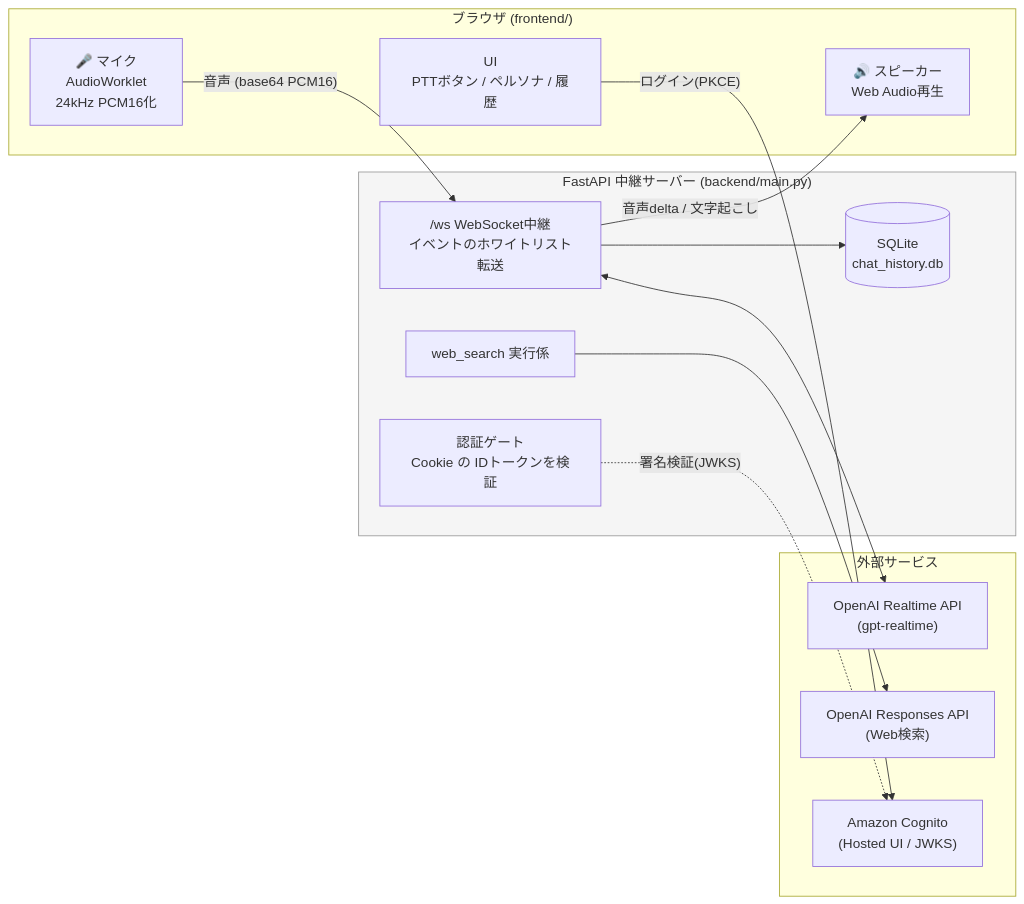
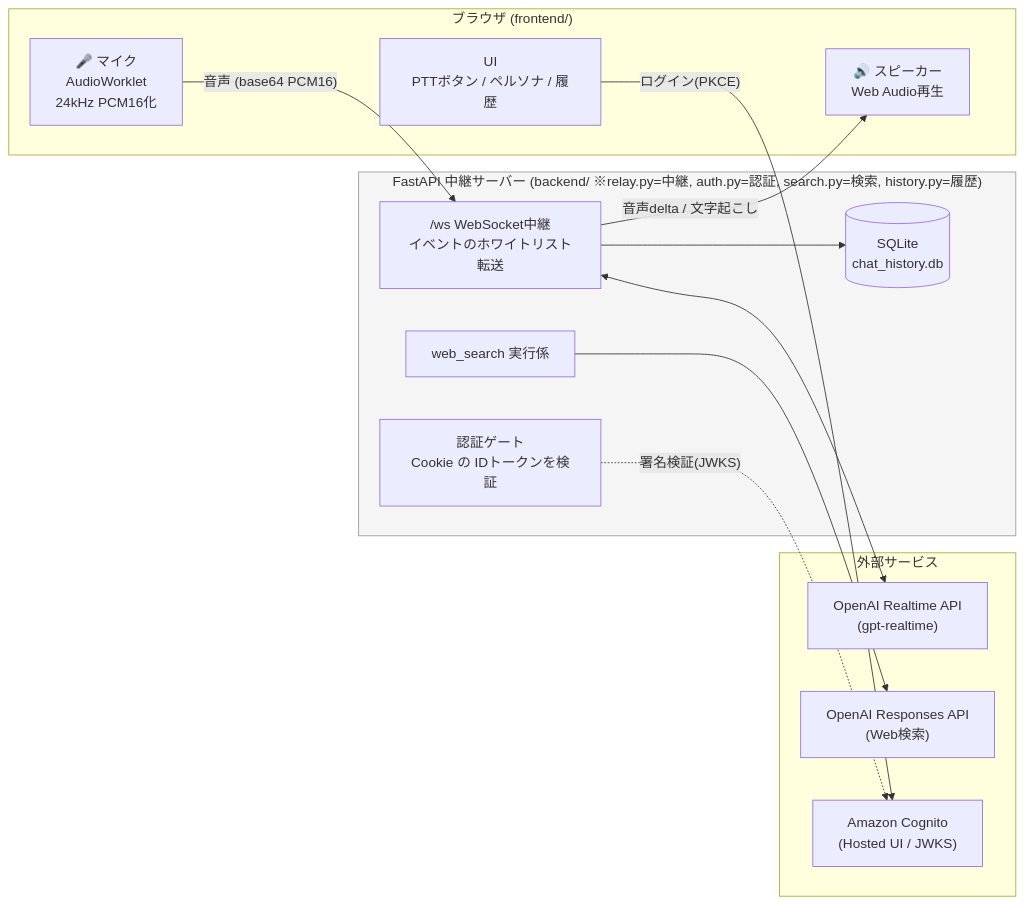
Before and after one commit to yoshiharu-ishii/realtime_voice: the first of 6 diagrams in docs/architecture.md, drawn with Mermaid. The commit also changed 9 other files, not shown here.

````diff
--- a/docs/architecture.md
+++ b/docs/architecture.md
@@ -7,31 +7,31 @@
 ```mermaid
 flowchart LR
     subgraph Browser["ブラウザ (frontend/)"]
         MIC["🎤 マイク<br/>AudioWorklet<br/>24kHz PCM16化"]
         SPK["🔊 スピーカー<br/>Web Audio再生"]
         UI["UI<br/>PTTボタン / ペルソナ / 履歴"]
     end
 
-    subgraph Relay["FastAPI 中継サーバー (backend/main.py)"]
+    subgraph Relay["FastAPI 中継サーバー (backend/ ※relay.py=中継, auth.py=認証, search.py=検索, history.py=履歴)"]
         WS["/ws WebSocket中継<br/>イベントのホワイトリスト転送"]
         AUTH["認証ゲート<br/>Cookie の IDトークンを検証"]
         DB[("SQLite<br/>chat_history.db")]
         TOOL["web_search 実行係"]
     end
 
     subgraph External["外部サービス"]
         OAI["OpenAI Realtime API<br/>(gpt-realtime)"]
         RESP["OpenAI Responses API<br/>(Web検索)"]
         COG["Amazon Cognito<br/>(Hosted UI / JWKS)"]
     end
 
     MIC -- "音声 (base64 PCM16)" --> WS
     WS -- "音声delta / 文字起こし" --> SPK
     WS <--> OAI
     TOOL --> RESP
     WS --> DB
     UI -- "ログイン(PKCE)" --> COG
     AUTH -. "署名検証(JWKS)" .-> COG
 
     style Relay fill:#f5f5f5,stroke:#999,color:#333
 ```
````
